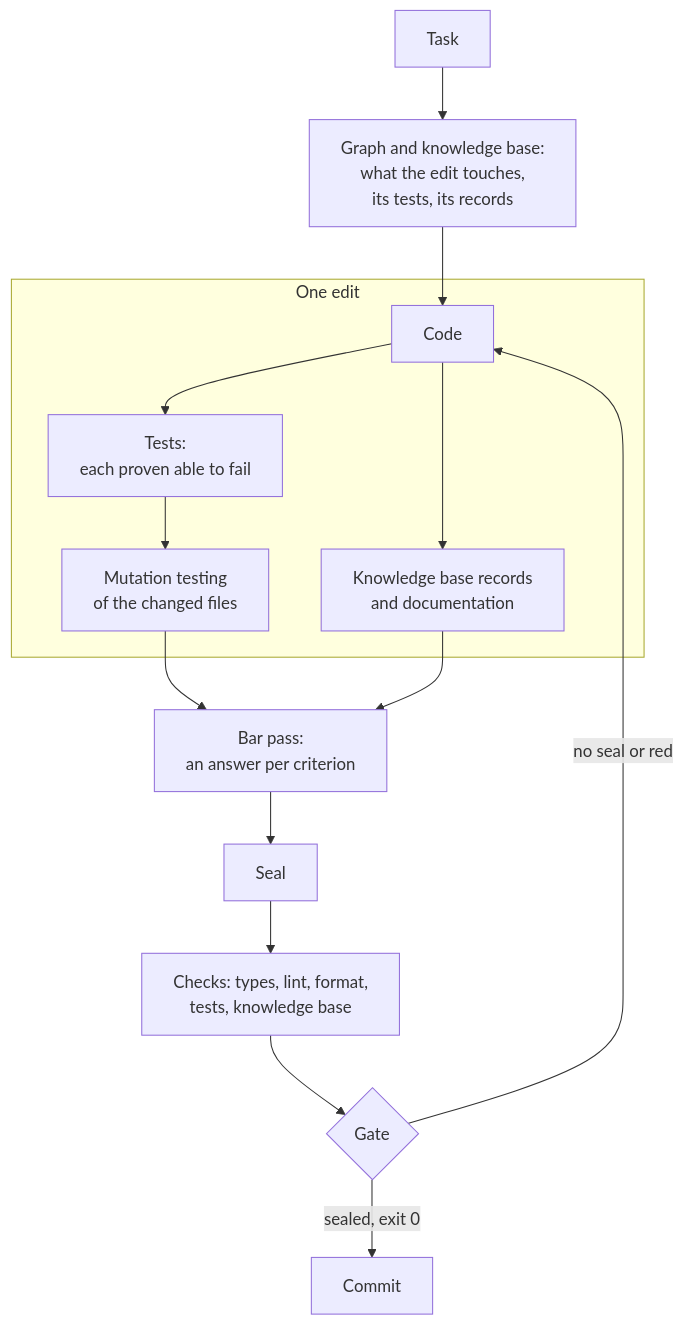
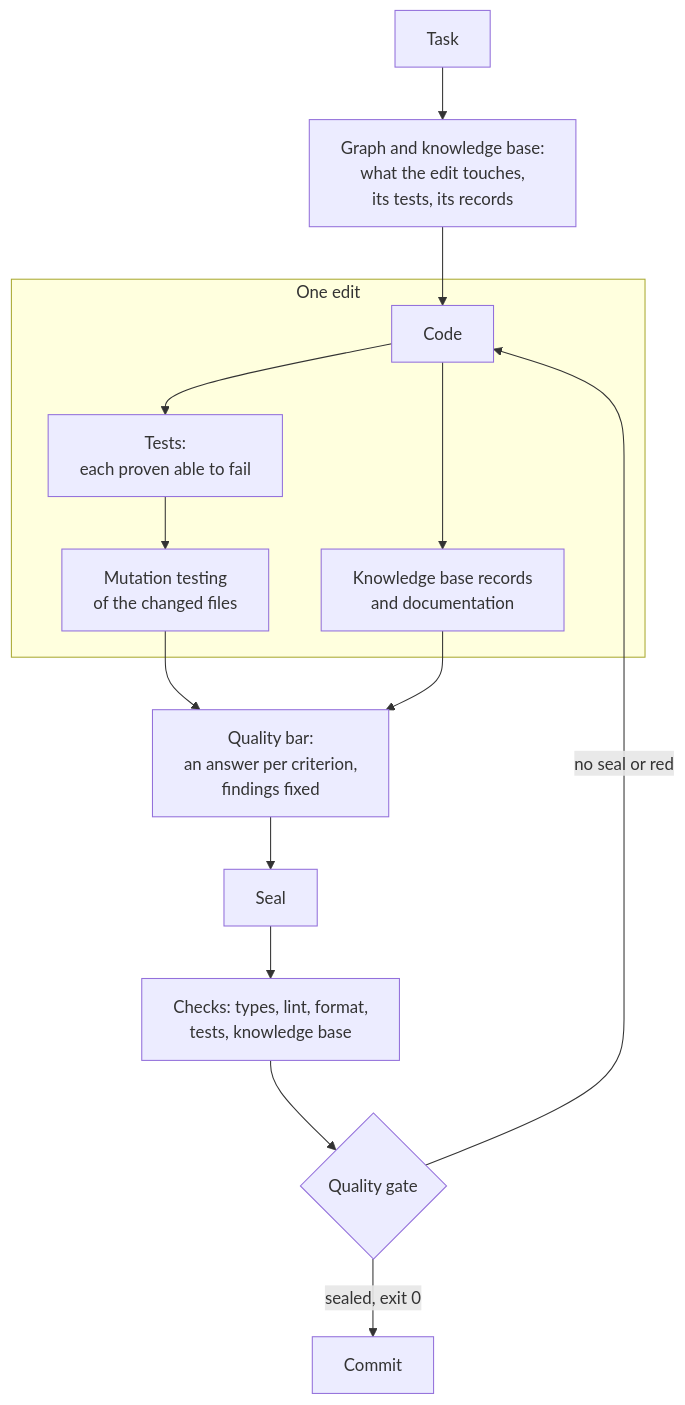
Before and after one commit to Igor-lx/claudeHarness: the first of 2 diagrams in README.md, drawn with Mermaid. The commit also changed other lines of this file and 1 other file, not shown here.

First line of the commit message:
docs(readme): put code quality at the centre

````diff
--- a/README.md
+++ b/README.md
@@ -99,17 +177,17 @@
 ```mermaid
 flowchart TD
   A[Task] --> B["Graph and knowledge base:<br>what the edit touches,<br>its tests, its records"]
   B --> C[Code]
   subgraph edit [One edit]
     C --> T["Tests:<br>each proven able to fail"]
     C --> R["Knowledge base records<br>and documentation"]
     T --> M["Mutation testing<br>of the changed files"]
   end
-  M --> P["Bar pass:<br>an answer per criterion"]
+  M --> P["Quality bar:<br>an answer per criterion,<br>findings fixed"]
   R --> P
   P --> S[Seal]
   S --> K["Checks: types, lint, format,<br>tests, knowledge base"]
-  K --> G{Gate}
+  K --> G{Quality gate}
   G -- "sealed, exit 0" --> H[Commit]
   G -- "no seal or red" --> C
 ```
````
